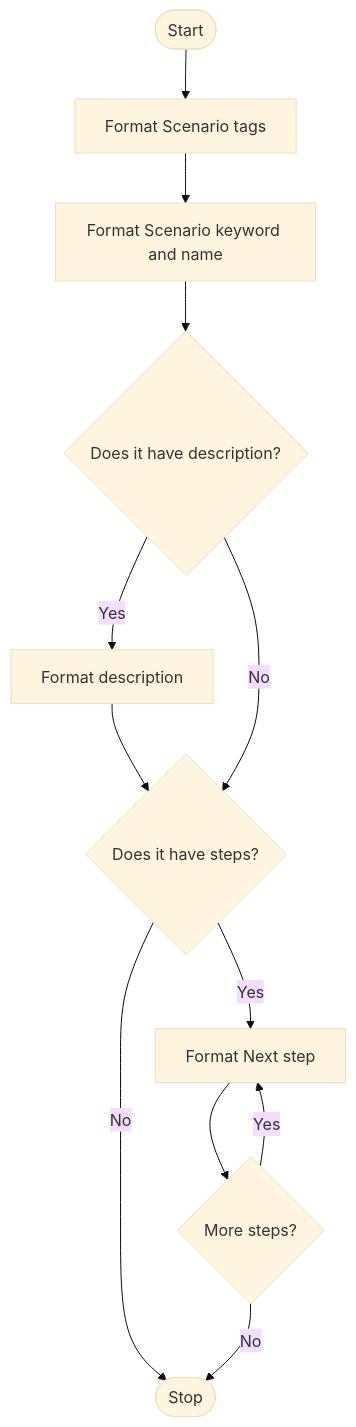
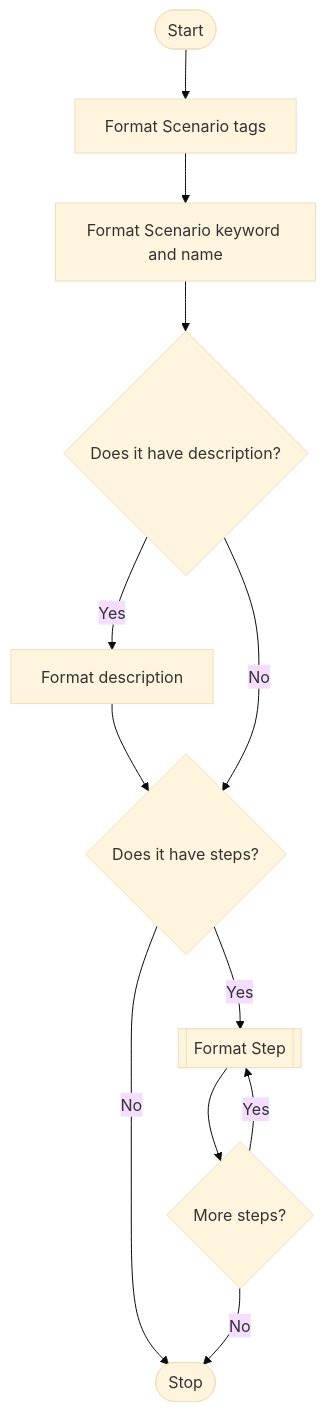
The sixth of 15 diagrams in src/mermaid.md (gherking/gherking-docs), drawn with Mermaid (base theme) before and after one commit. The commit also changed other lines of this file, not shown here.

````diff
--- a/src/mermaid.md
+++ b/src/mermaid.md
@@ -69,14 +69,14 @@
 ```mermaid
 graph TD
 start([Start])
 --> tags[Format Scenario tags]
 --> keywordAndName[Format Scenario keyword and name]
 --> branch1{Does it have description?}
 -->|Yes| description[Format description] --> branch2
 branch1 -->|No| branch2{Does it have steps?}
-branch2 -->|Yes| D2[Format Next step]
+branch2 -->|Yes| D2[[Format Step]]
 branch2 -->|No| stop
 D2 --> E2{More steps?}
 E2 --> |Yes| D2
 E2 --> |No| stop([Stop])
 ```
````
